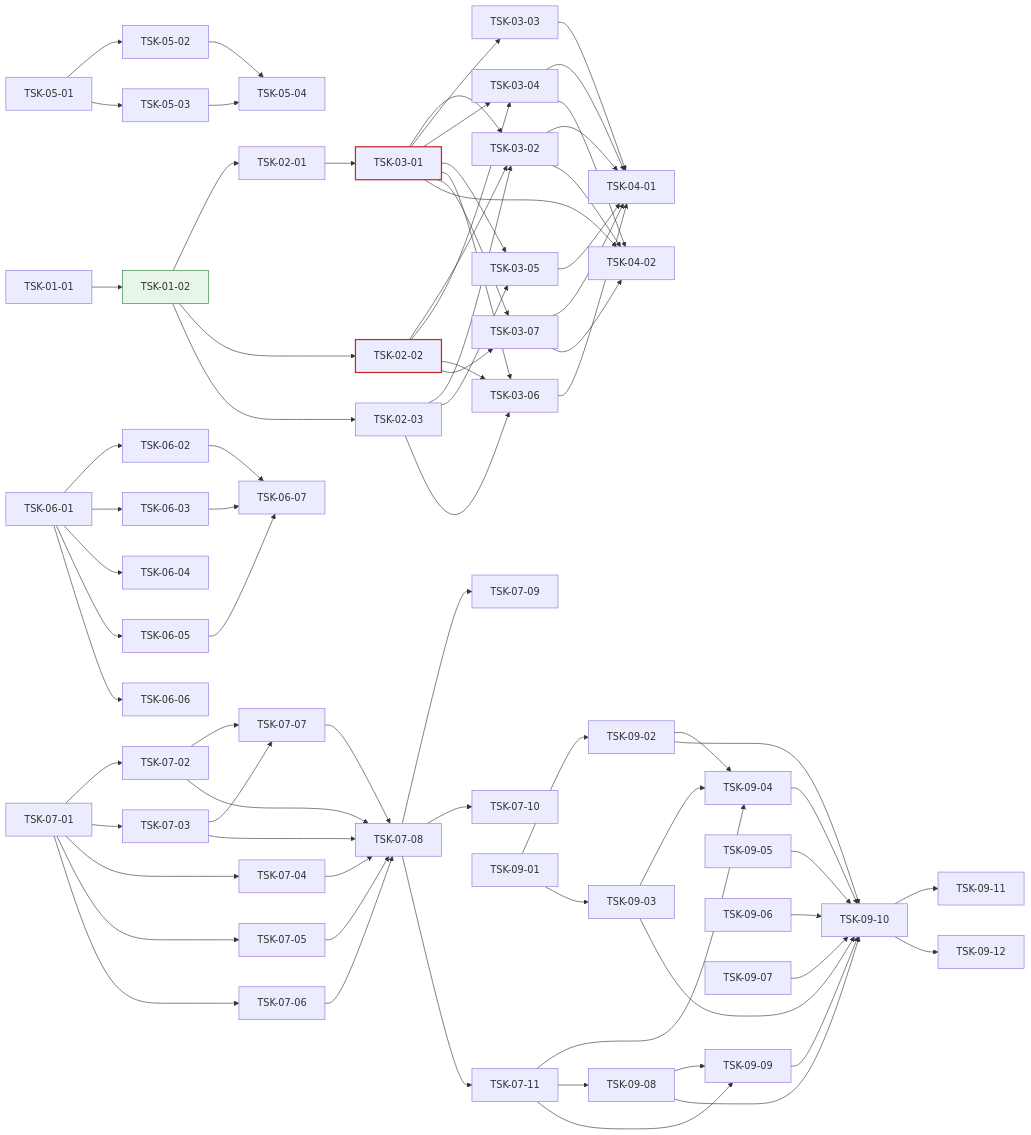
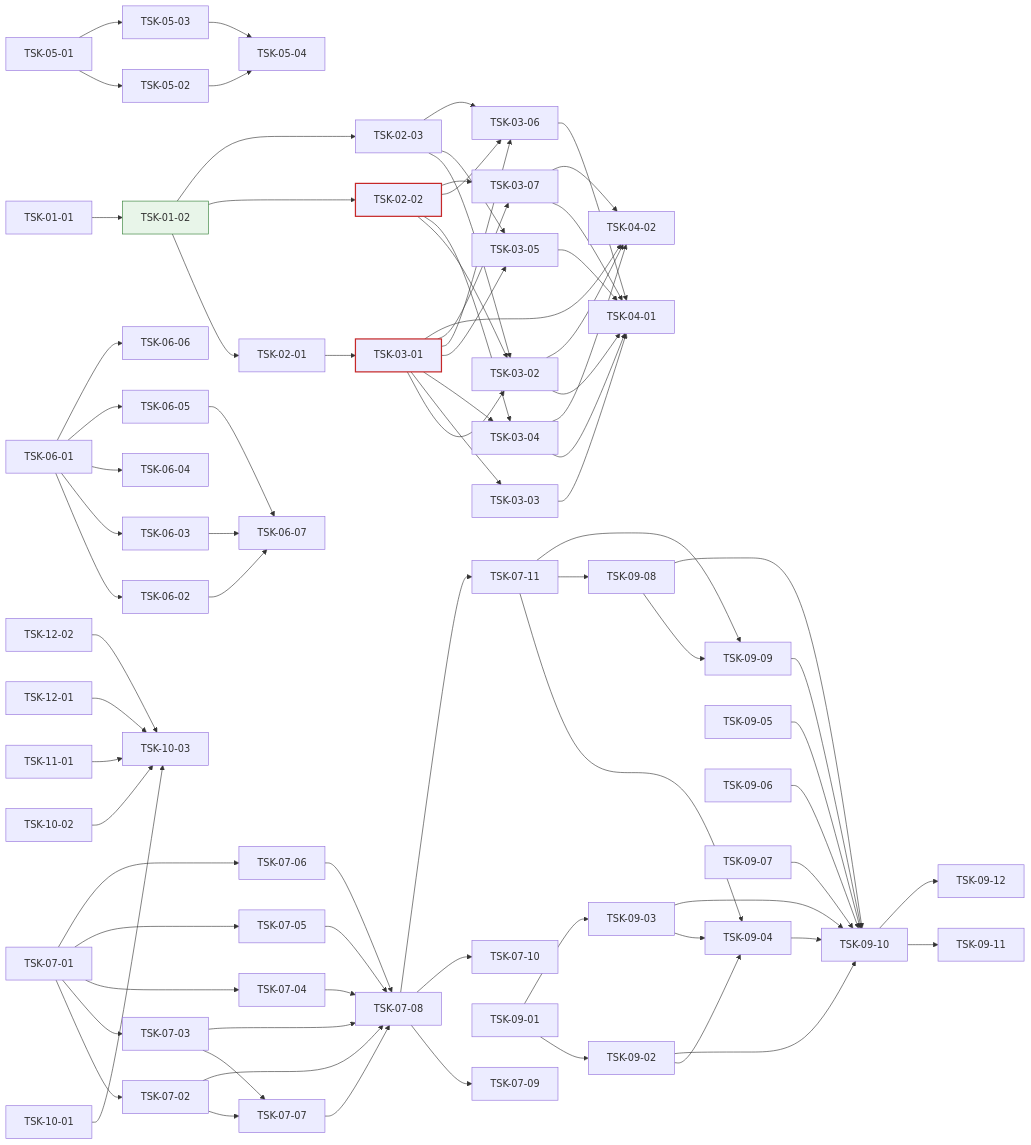
One commit to jongik-sv/oranda changed the diagram in docs/oranda1/wbs.md. Above: the diagram before and after it, drawn with Mermaid. The commit also changed other lines of this file and 3 other files, not shown here.

```diff
--- a/docs/oranda1/wbs.md
+++ b/docs/oranda1/wbs.md
@@ -846,6 +922,11 @@
   TSK-09-09 --> TSK-09-10
   TSK-09-10 --> TSK-09-11
   TSK-09-10 --> TSK-09-12
+  TSK-10-01 --> TSK-10-03
+  TSK-10-02 --> TSK-10-03
+  TSK-11-01 --> TSK-10-03
+  TSK-12-01 --> TSK-10-03
+  TSK-12-02 --> TSK-10-03
   style TSK-01-02 fill:#e8f5e9,stroke:#2e7d32
   style TSK-03-01 stroke:#c62828,stroke-width:2px
   style TSK-02-02 stroke:#c62828,stroke-width:2px
```
